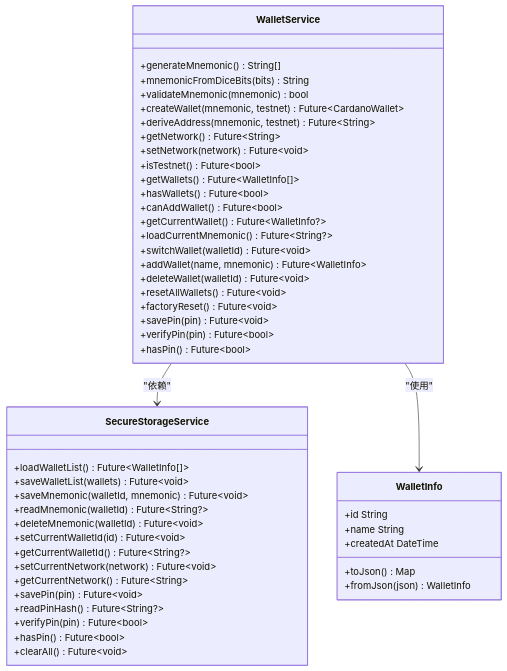
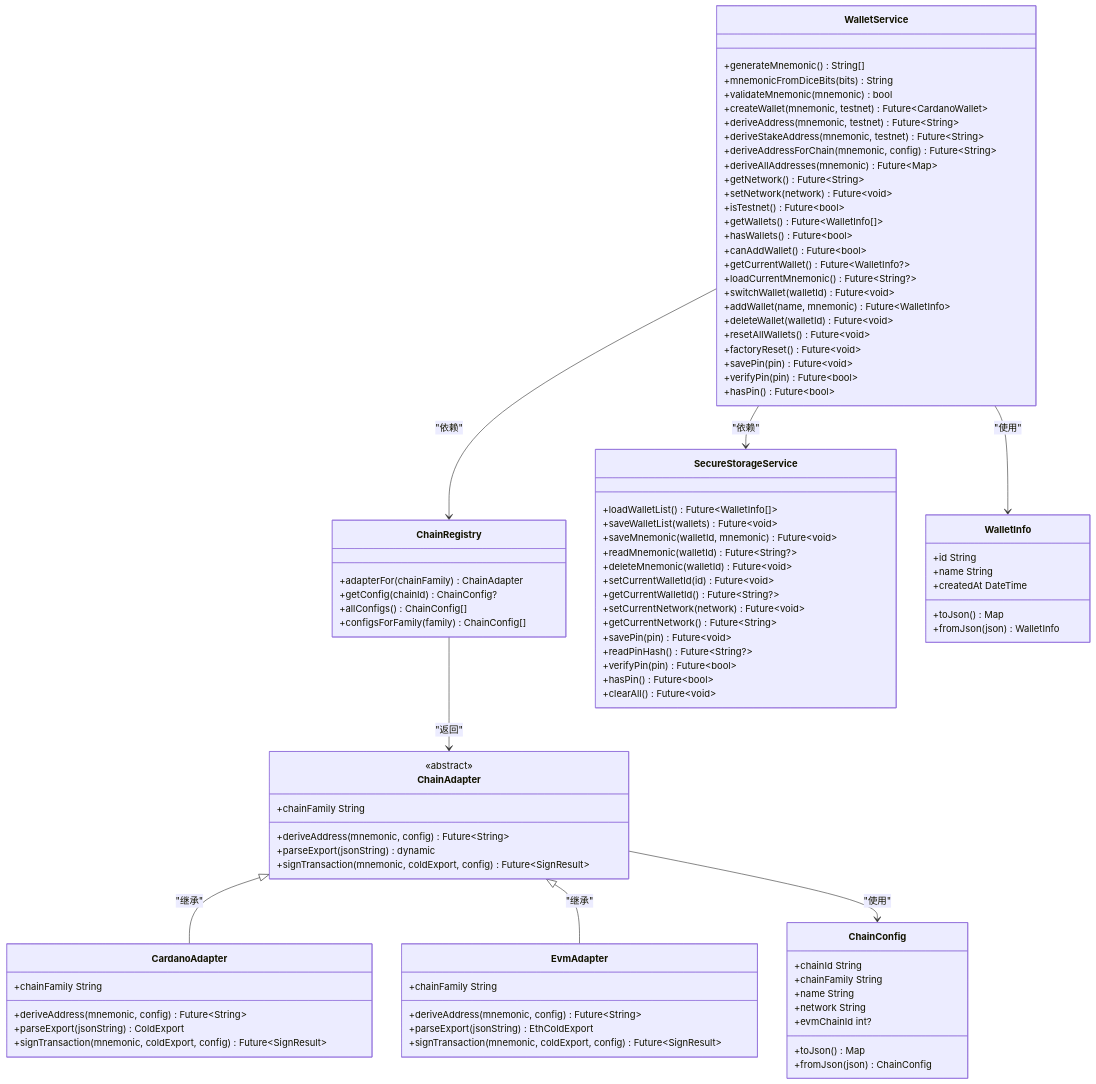
Before and after one commit to EqualToEthan/stasis: the third of 5 diagrams in .qoder/repowiki/zh/content/核心服务/钱包管理服务.md, drawn with Mermaid. The commit also changed other lines of this file and 40 other files, not shown here.

````diff
--- a/.qoder/repowiki/zh/content/核心服务/钱包管理服务.md
+++ b/.qoder/repowiki/zh/content/核心服务/钱包管理服务.md
@@ -192,6 +341,9 @@
 +validateMnemonic(mnemonic) bool
 +createWallet(mnemonic, testnet) Future~CardanoWallet~
 +deriveAddress(mnemonic, testnet) Future~String~
++deriveStakeAddress(mnemonic, testnet) Future~String~
++deriveAddressForChain(mnemonic, config) Future~String~
++deriveAllAddresses(mnemonic) Future~Map~
 +getNetwork() Future~String~
 +setNetwork(network) Future~void~
 +isTestnet() Future~bool~
@@ -208,6 +360,40 @@
 +savePin(pin) Future~void~
 +verifyPin(pin) Future~bool~
 +hasPin() Future~bool~
+}
+class ChainRegistry {
++adapterFor(chainFamily) ChainAdapter
++getConfig(chainId) ChainConfig?
++allConfigs() ChainConfig[]
++configsForFamily(family) ChainConfig[]
+}
+class ChainAdapter {
+<<abstract>>
++chainFamily String
++deriveAddress(mnemonic, config) Future~String~
++parseExport(jsonString) dynamic
++signTransaction(mnemonic, coldExport, config) Future~SignResult~
+}
+class CardanoAdapter {
++chainFamily String
++deriveAddress(mnemonic, config) Future~String~
++parseExport(jsonString) ColdExport
++signTransaction(mnemonic, coldExport, config) Future~SignResult~
+}
+class EvmAdapter {
++chainFamily String
++deriveAddress(mnemonic, config) Future~String~
++parseExport(jsonString) EthColdExport
++signTransaction(mnemonic, coldExport, config) Future~SignResult~
+}
+class ChainConfig {
++chainId String
++chainFamily String
++name String
++network String
++evmChainId int?
++toJson() Map
++fromJson(json) ChainConfig
 }
 class SecureStorageService {
 +loadWalletList() Future~WalletInfo[]~
@@ -232,6 +418,11 @@
 +toJson() Map
 +fromJson(json) WalletInfo
 }
+WalletService --> ChainRegistry : "依赖"
 WalletService --> SecureStorageService : "依赖"
+ChainRegistry --> ChainAdapter : "返回"
+ChainAdapter <|-- CardanoAdapter : "继承"
+ChainAdapter <|-- EvmAdapter : "继承"
 WalletService --> WalletInfo : "使用"
+ChainAdapter --> ChainConfig : "使用"
 ```
````
